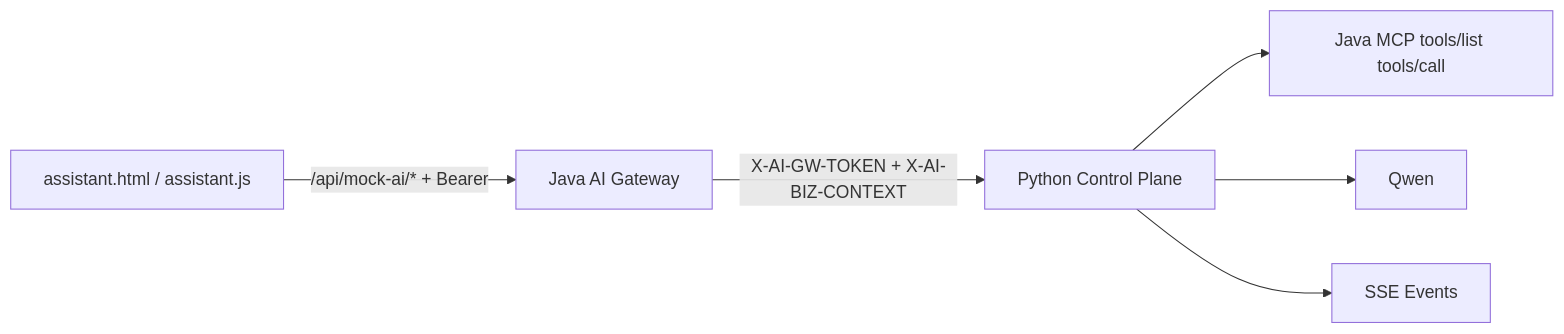
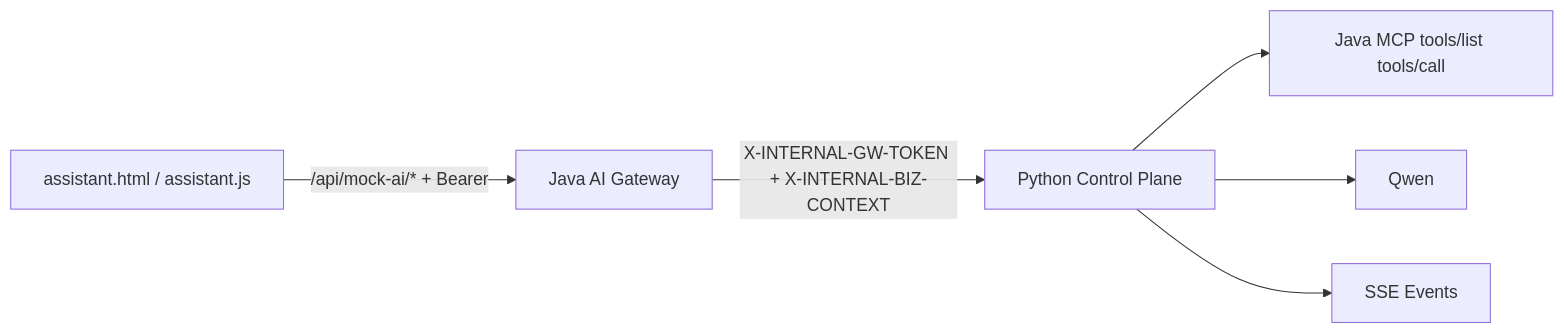
The diagram in source/_posts/ai-chat-java-ai-gateway-python.md (WillfordZhan/WillfordZhan.github.io), drawn with Mermaid before and after one commit. The commit also changed other lines of this file and 8 other files, not shown here.

````diff
--- a/source/_posts/ai-chat-java-ai-gateway-python.md
+++ b/source/_posts/ai-chat-java-ai-gateway-python.md
@@ -38,8 +38,8 @@
 ```mermaid
 flowchart LR
   FE[assistant.html / assistant.js] -->|/api/mock-ai/* + Bearer| JGW[Java AI Gateway]
-  JGW -->|X-AI-GW-TOKEN + X-AI-BIZ-CONTEXT| PY[Python Control Plane]
+  JGW -->|X-INTERNAL-GW-TOKEN + X-INTERNAL-BIZ-CONTEXT| PY[Python Control Plane]
   PY --> MCP[Java MCP tools/list tools/call]
   PY --> LLM[Qwen]
   PY --> SSE[SSE Events]
 ```
````
